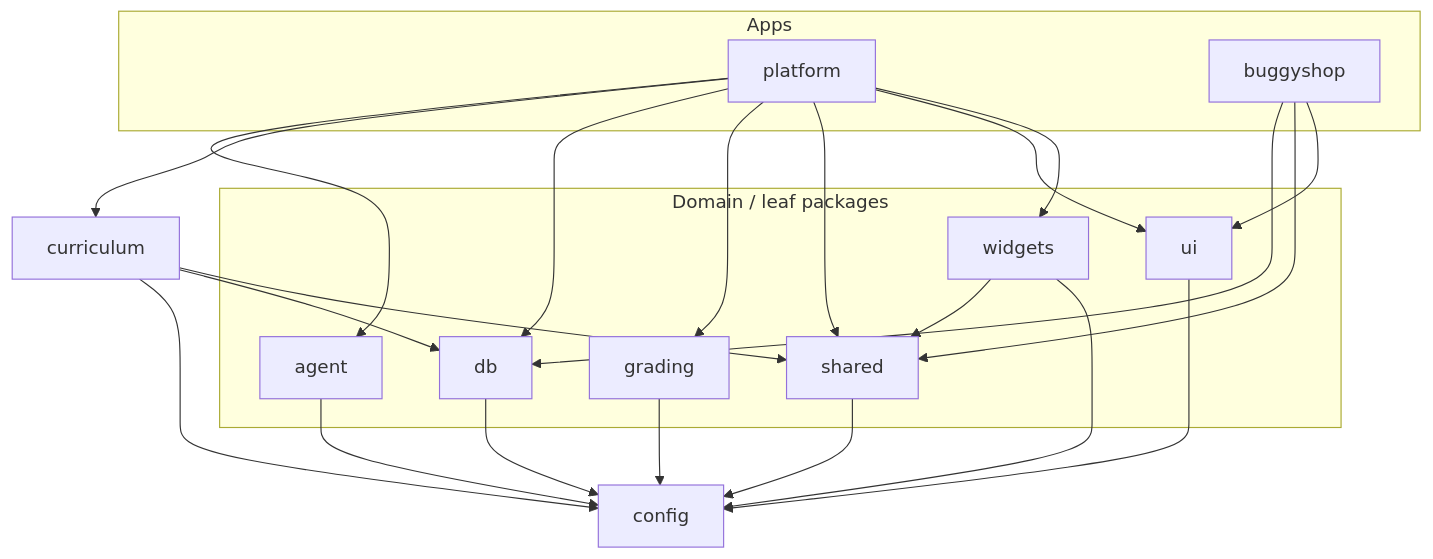
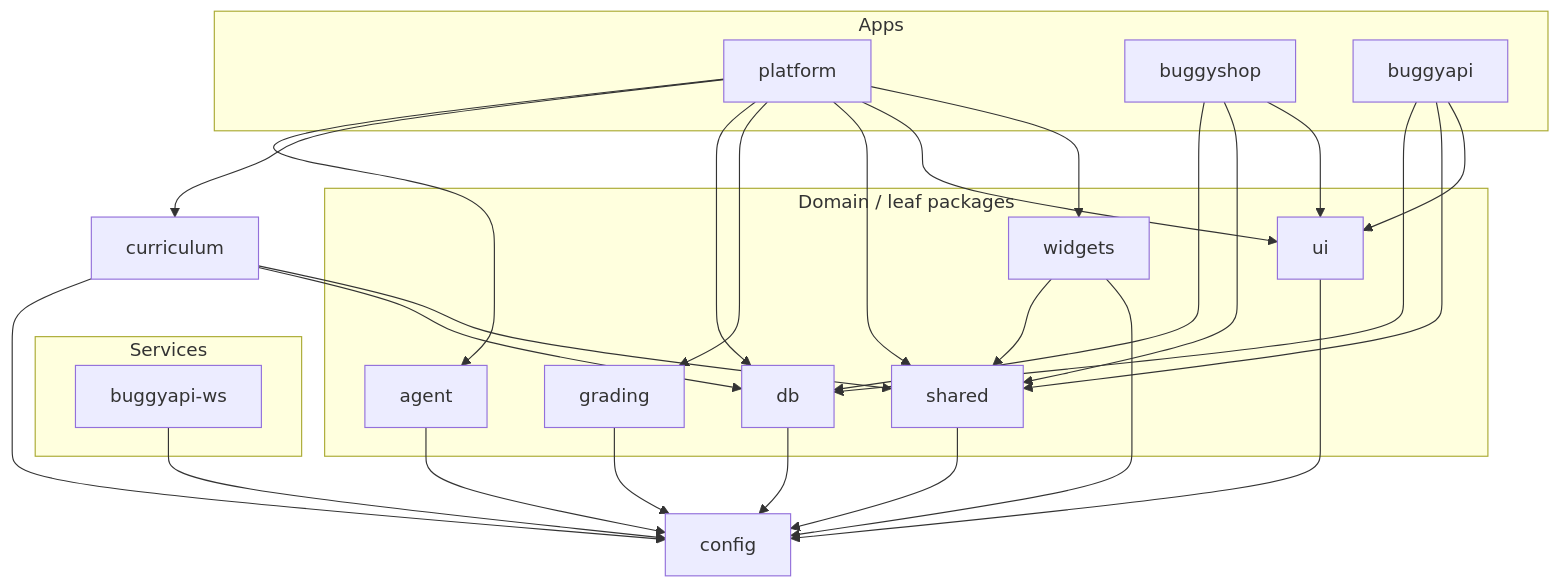
One commit to izzzthisssagar/qa-mastery changed the diagram in ARCHITECTURE.md. Above: the diagram before and after it, drawn with Mermaid. The commit also changed other lines of this file and 17 other files, not shown here.

````diff
--- a/ARCHITECTURE.md
+++ b/ARCHITECTURE.md
@@ -26,18 +35,24 @@
 ```mermaid
 graph TD
     subgraph Apps
       platform
       buggyshop
+      buggyapi
+    end
+    subgraph Services
+      buggyapi_ws["buggyapi-ws"]
     end
     curriculum
     subgraph "Domain / leaf packages"
       agent; db; grading; shared; ui; widgets
     end
     config
 
     platform --> agent & curriculum & db & grading & shared & ui & widgets
     buggyshop --> db & shared & ui
+    buggyapi --> db & shared & ui
+    buggyapi_ws --> config
     curriculum --> db & shared & config
     widgets --> shared & config
     agent & db & grading & shared & ui --> config
 ```
````
